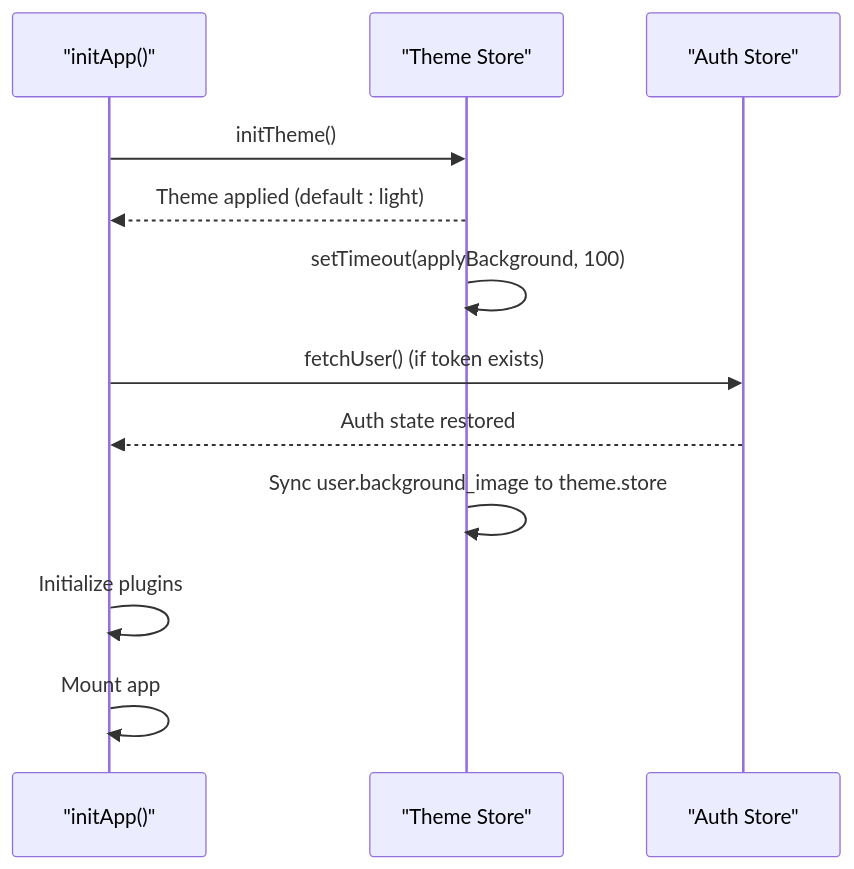
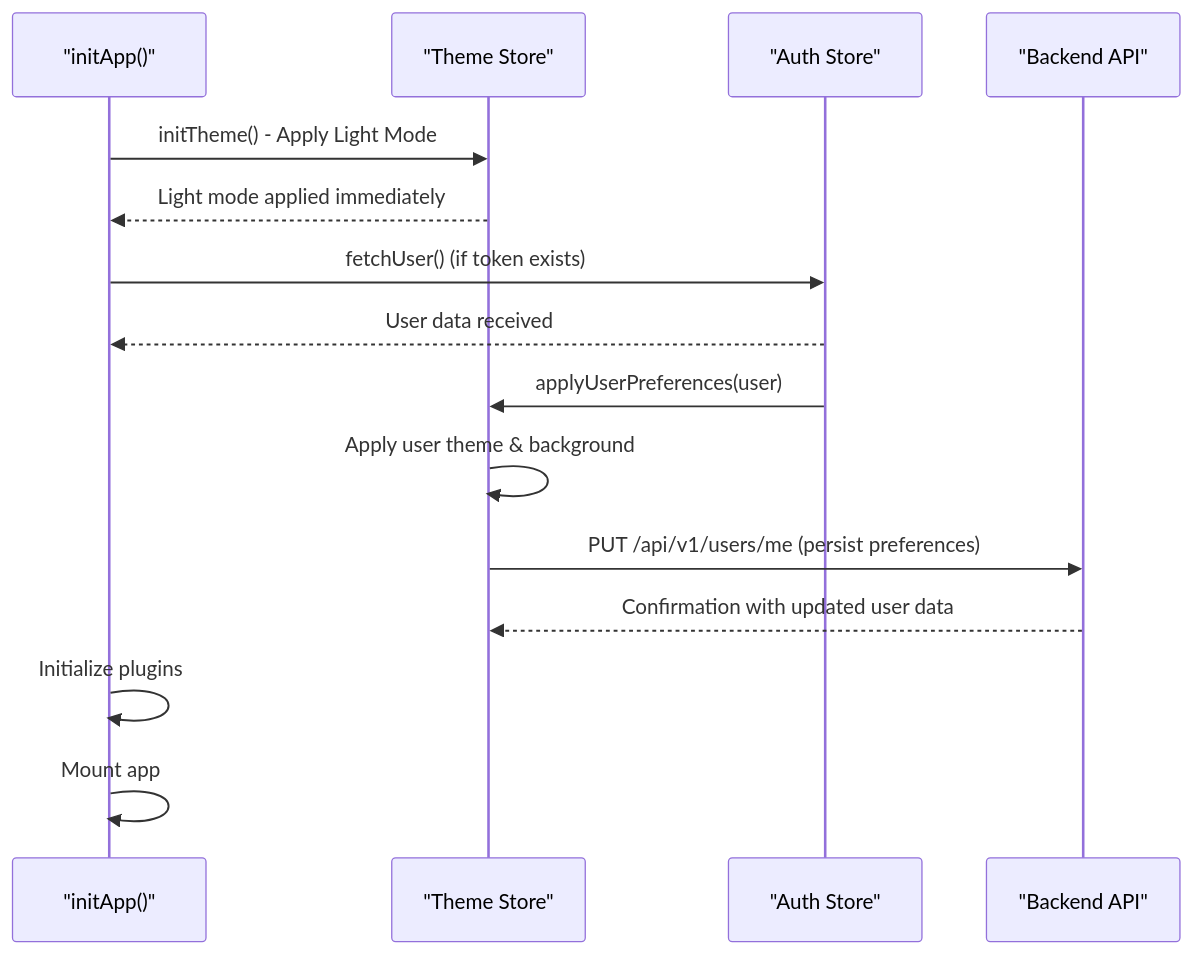
Before and after one commit to Nikita5543/New-SSO-02: the fourth of 8 diagrams in .qoder/repowiki/en/content/Frontend Architecture/Theming and Customization.md, drawn with Mermaid. The commit also changed other lines of this file and 3 other files, not shown here.

First line of the commit message:
feat(user): add unified profile update with theme and background support

````diff
--- a/.qoder/repowiki/en/content/Frontend Architecture/Theming and Customization.md
+++ b/.qoder/repowiki/en/content/Frontend Architecture/Theming and Customization.md
@@ -225,14 +241,17 @@
 ```mermaid
 sequenceDiagram
 participant INIT as "initApp()"
 participant THEME as "Theme Store"
 participant AUTH as "Auth Store"
-INIT->>THEME : initTheme()
-THEME-->>INIT : Theme applied (default : light)
-THEME->>THEME : setTimeout(applyBackground, 100)
+participant API as "Backend API"
+INIT->>THEME : initTheme() - Apply Light Mode
+THEME-->>INIT : Light mode applied immediately
 INIT->>AUTH : fetchUser() (if token exists)
-AUTH-->>INIT : Auth state restored
-THEME->>THEME : Sync user.background_image to theme.store
+AUTH-->>INIT : User data received
+AUTH->>THEME : applyUserPreferences(user)
+THEME->>THEME : Apply user theme & background
+THEME->>API : PUT /api/v1/users/me (persist preferences)
+API-->>THEME : Confirmation with updated user data
 INIT->>INIT : Initialize plugins
 INIT->>INIT : Mount app
 ```
````
